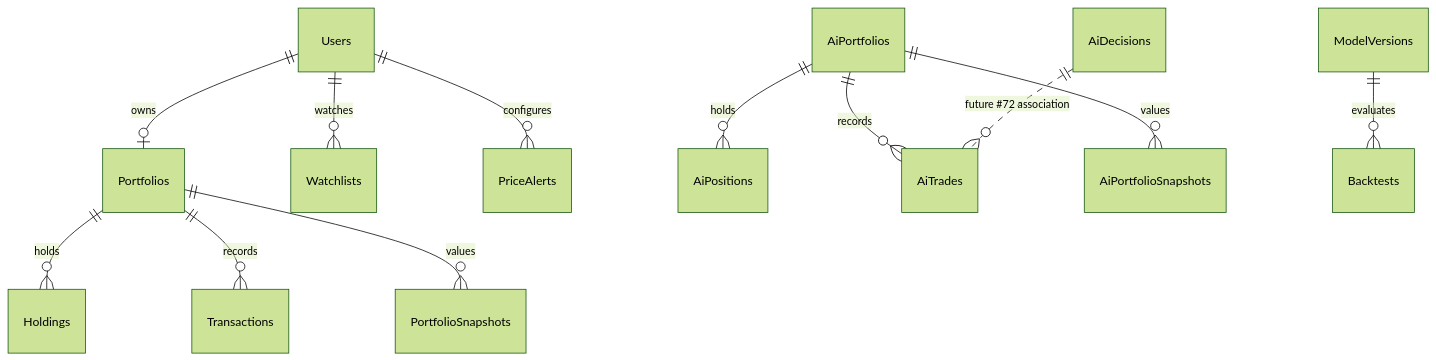
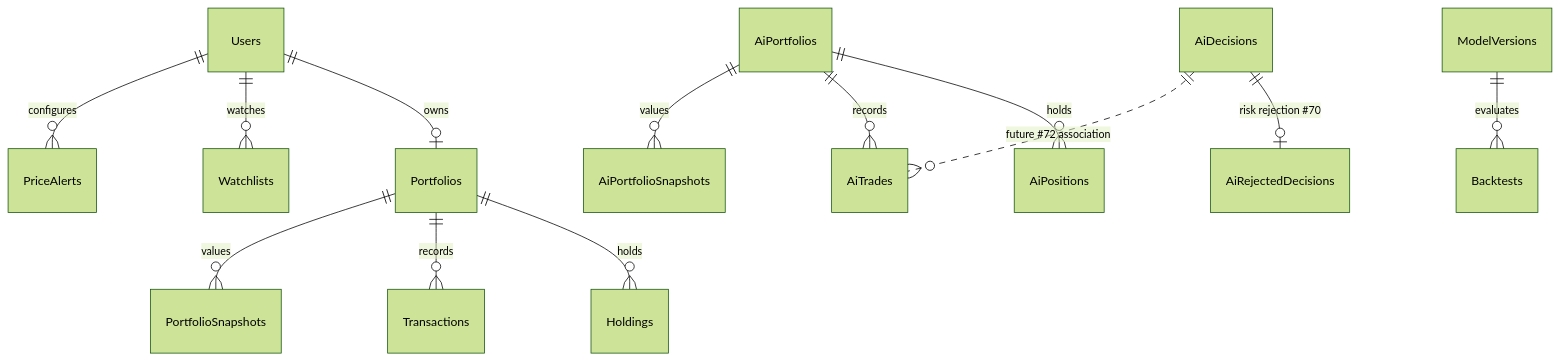
One commit to MarcSaad-Hadidi/StockLab changed the diagram in backend/database-schema.md. Above: the diagram before and after it, drawn with Mermaid (forest theme). The commit also changed other lines of this file and 17 other files, not shown here.

````diff
--- a/backend/database-schema.md
+++ b/backend/database-schema.md
@@ -32,14 +33,15 @@
 ```mermaid
 erDiagram
     Users ||--o| Portfolios : owns
     Users ||--o{ Watchlists : watches
     Users ||--o{ PriceAlerts : configures
     Portfolios ||--o{ Holdings : holds
     Portfolios ||--o{ Transactions : records
     Portfolios ||--o{ PortfolioSnapshots : values
     AiPortfolios ||--o{ AiPositions : holds
     AiPortfolios ||--o{ AiTrades : records
     AiPortfolios ||--o{ AiPortfolioSnapshots : values
     ModelVersions ||--o{ Backtests : evaluates
+    AiDecisions ||--o| AiRejectedDecisions : "risk rejection #70"
     AiDecisions ||..o{ AiTrades : "future #72 association"
 ```
````
